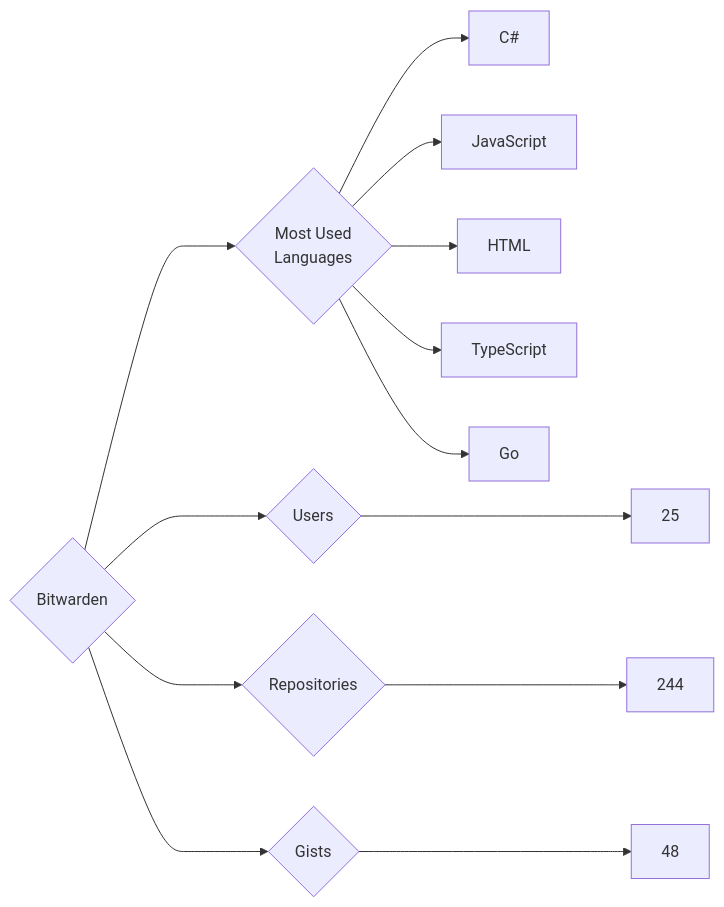
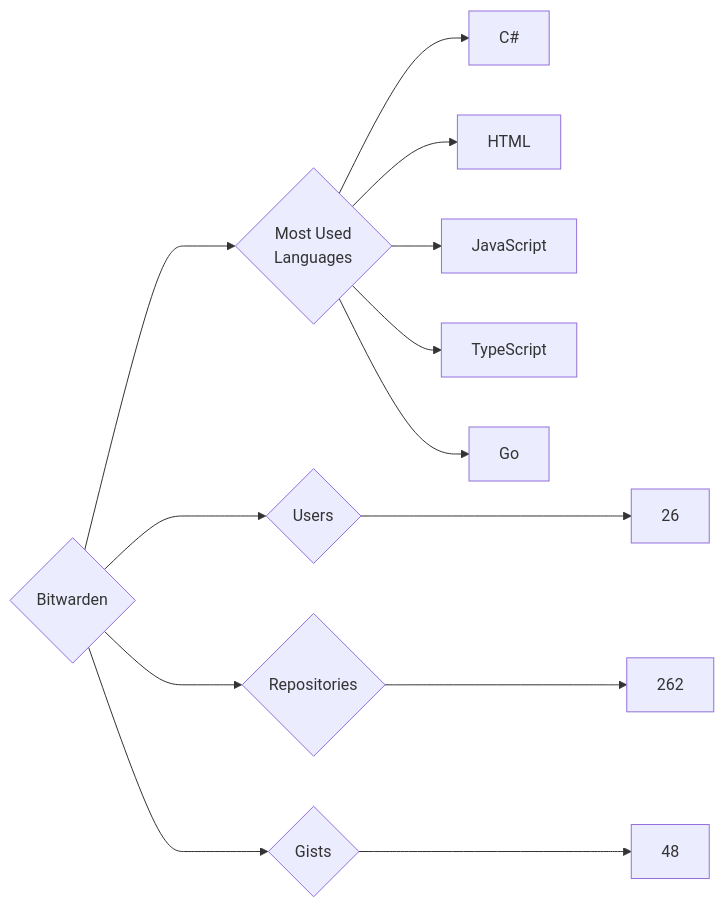
The diagram in targets/Bitwarden/README.md (trickest/insiders), drawn with Mermaid before and after one commit. The commit also changed 594 other files, not shown here.

````diff
--- a/targets/Bitwarden/README.md
+++ b/targets/Bitwarden/README.md
@@ -3,13 +3,13 @@
 ```mermaid
 graph LR
 COMPANY_NAME{Bitwarden}
-COMPANY_NAME ---> U{Users} ---> UN[25]
-COMPANY_NAME ---> R{Repositories} ---> RN[244]
+COMPANY_NAME ---> U{Users} ---> UN[26]
+COMPANY_NAME ---> R{Repositories} ---> RN[262]
 COMPANY_NAME ---> G{Gists} ---> GN[48]
 COMPANY_NAME ---> ML{Most Used<br>Languages}
 ML --> C#[C#]
+ML --> HTML[HTML]
 ML --> JavaScript[JavaScript]
-ML --> HTML[HTML]
 ML --> TypeScript[TypeScript]
 ML --> Go[Go]
 ```
````
